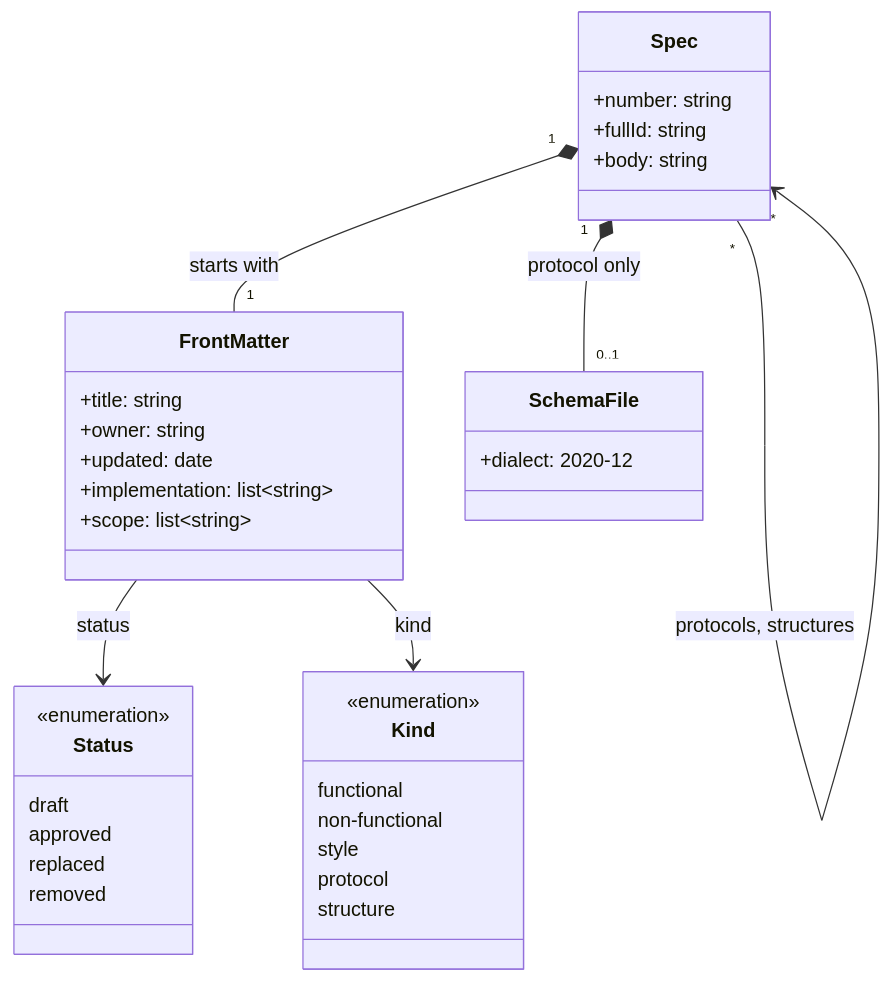
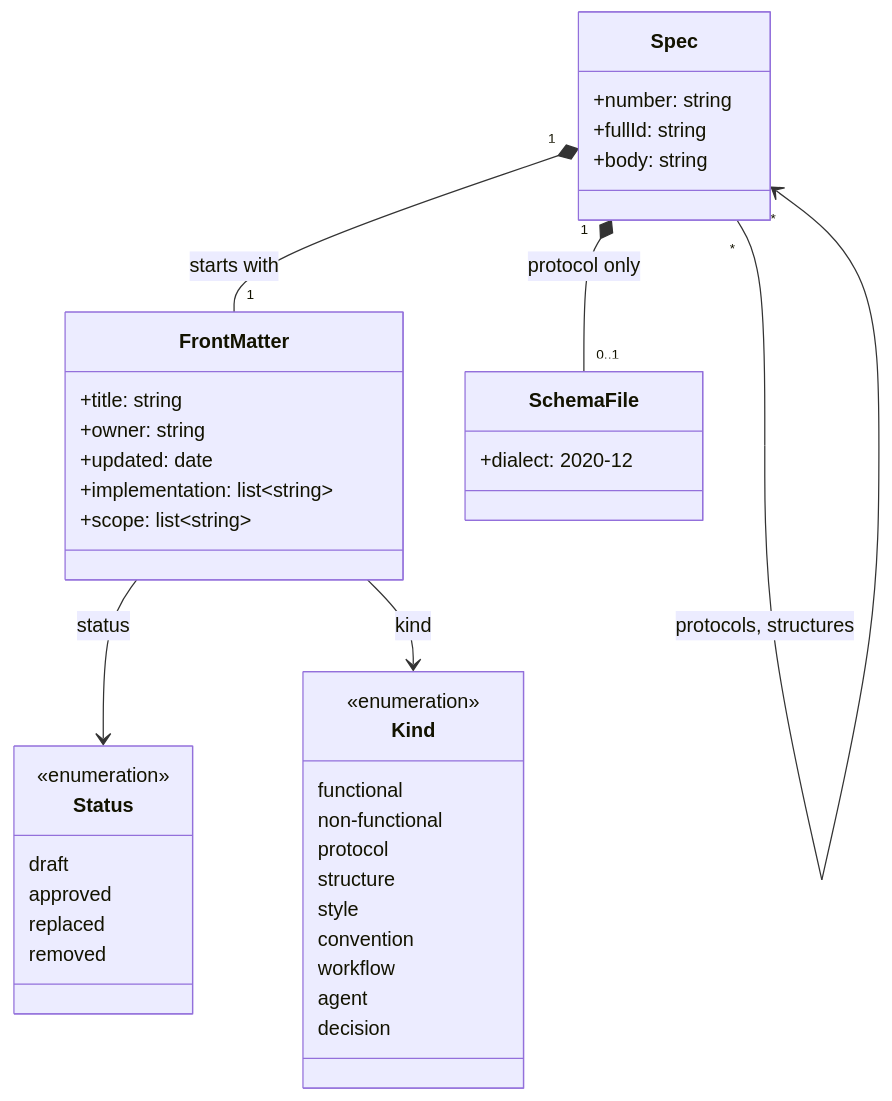
One commit to frederikbeimgraben/specs changed the diagram in specs/structures/specs/model/000040_spec-model.md. Above: the diagram before and after it, drawn with Mermaid. The commit also changed other lines of this file and 91 other files, not shown here.

First line of the commit message:
Split the rule kinds: convention, workflow, agent and decision

````diff
--- a/specs/structures/specs/model/000040_spec-model.md
+++ b/specs/structures/specs/model/000040_spec-model.md
@@ -25,39 +25,43 @@
 ```mermaid
 classDiagram
   class Spec {
     +number: string
     +fullId: string
     +body: string
   }
   class FrontMatter {
     +title: string
     +owner: string
     +updated: date
     +implementation: list~string~
     +scope: list~string~
   }
   class Status {
     <<enumeration>>
     draft
     approved
     replaced
     removed
   }
   class Kind {
     <<enumeration>>
     functional
     non-functional
-    style
     protocol
     structure
+    style
+    convention
+    workflow
+    agent
+    decision
   }
   class SchemaFile {
     +dialect: 2020-12
   }
   Spec "1" *-- "1" FrontMatter : starts with
   FrontMatter --> Status : status
   FrontMatter --> Kind : kind
   Spec "1" *-- "0..1" SchemaFile : protocol only
   Spec "*" --> "0..1" Spec : replaced_by
   Spec "*" --> "*" Spec : protocols, structures
 ```
````
